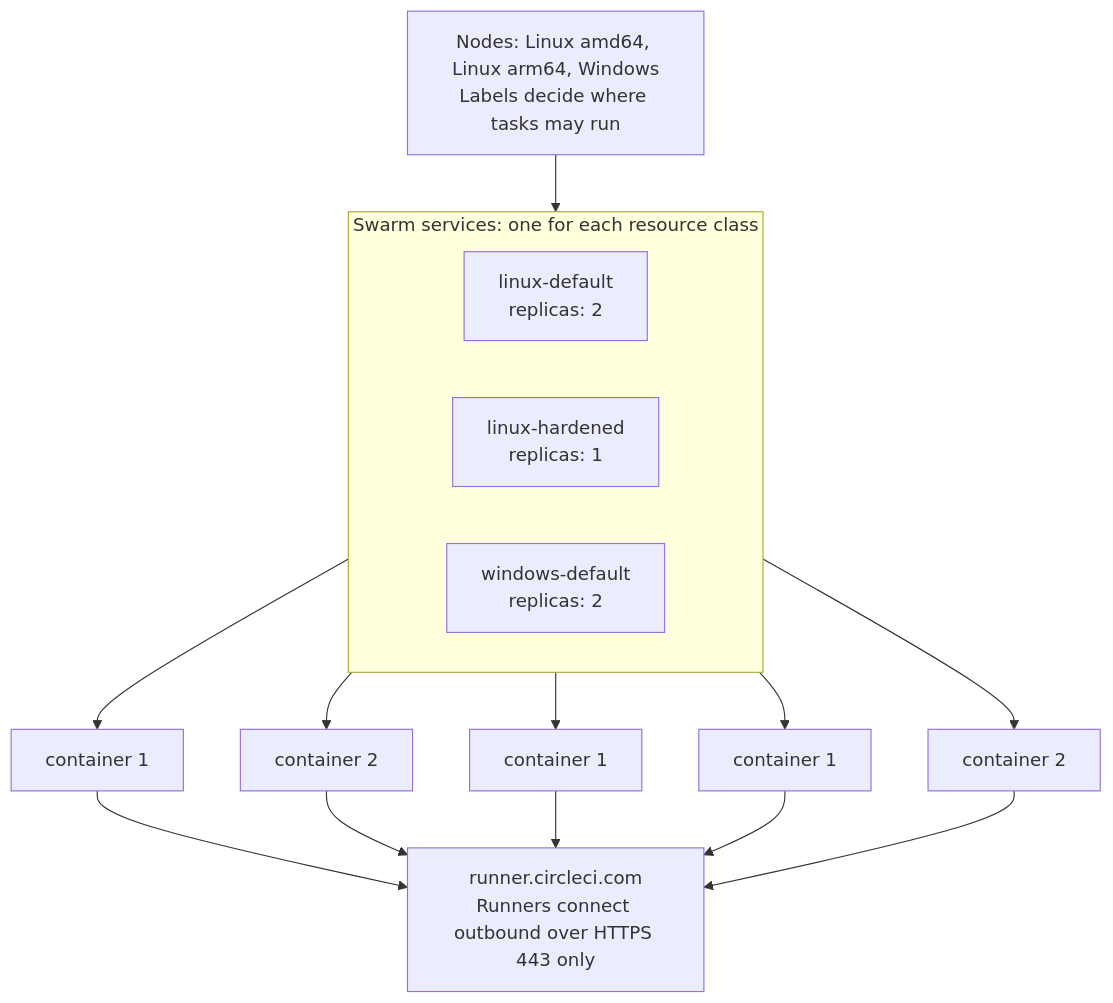
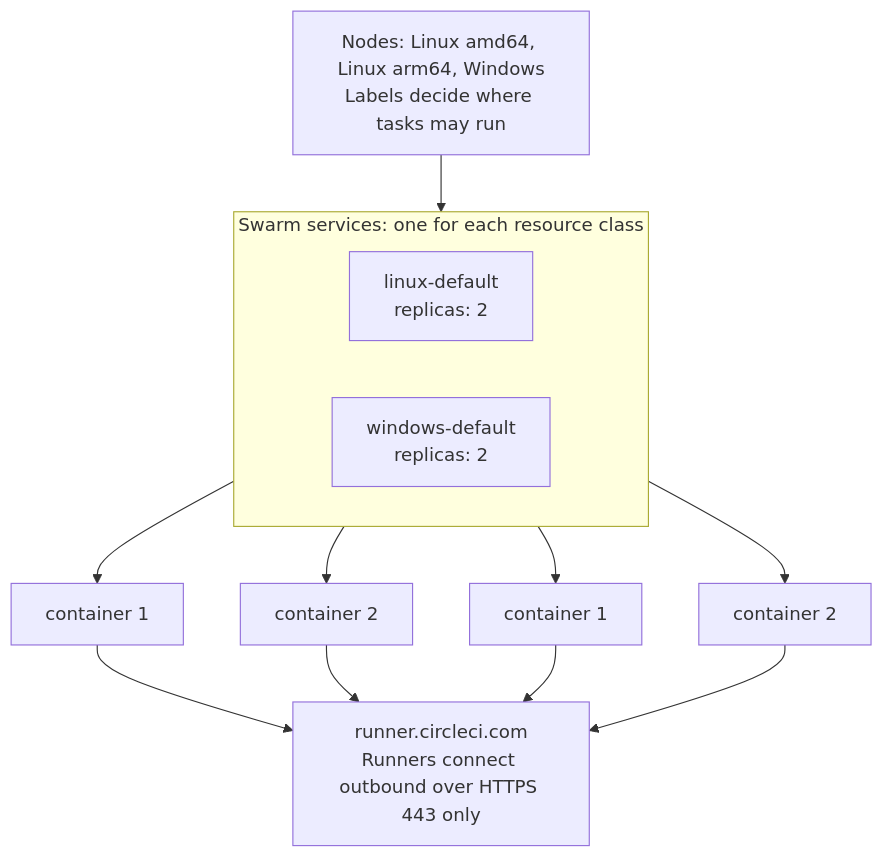
One commit to CircleCI-Labs/scalable-machine-runner changed the diagram in README.md. Above: the diagram before and after it, drawn with Mermaid. The commit also changed other lines of this file and 3 other files, not shown here.

````diff
--- a/README.md
+++ b/README.md
@@ -29,24 +29,21 @@
 ```mermaid
 flowchart TB
   nodes["Nodes: Linux amd64, Linux arm64, Windows<br/>Labels decide where tasks may run"]
 
   subgraph services["Swarm services: one for each resource class"]
     direction LR
     s1["linux-default<br/>replicas: 2"]
-    s2["linux-hardened<br/>replicas: 1"]
-    s3["windows-default<br/>replicas: 2"]
+    s2["windows-default<br/>replicas: 2"]
   end
 
   r1["container 1"]
   r2["container 2"]
   r3["container 1"]
-  r4["container 1"]
-  r5["container 2"]
+  r4["container 2"]
   api["runner.circleci.com<br/>Runners connect outbound over HTTPS 443 only"]
 
   nodes --> services
   s1 --> r1 & r2
-  s2 --> r3
-  s3 --> r4 & r5
-  r1 & r2 & r3 & r4 & r5 --> api
+  s2 --> r3 & r4
+  r1 & r2 & r3 & r4 --> api
 ```
````
